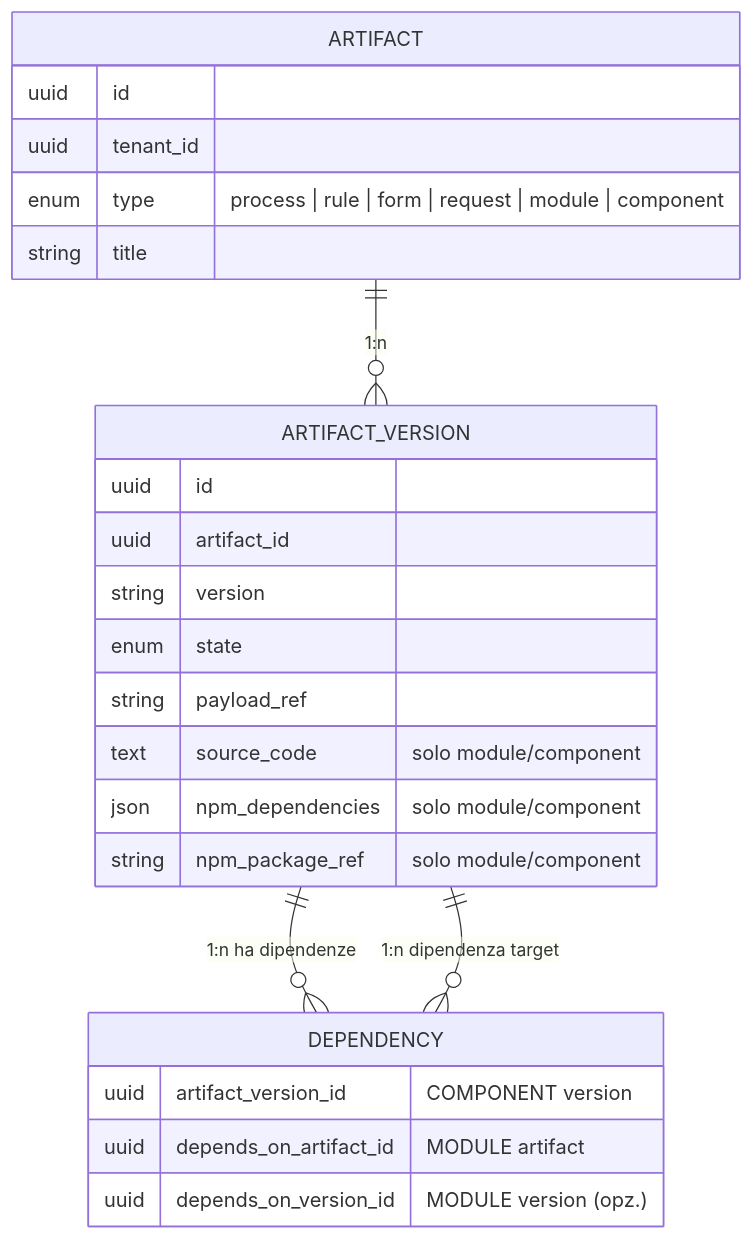
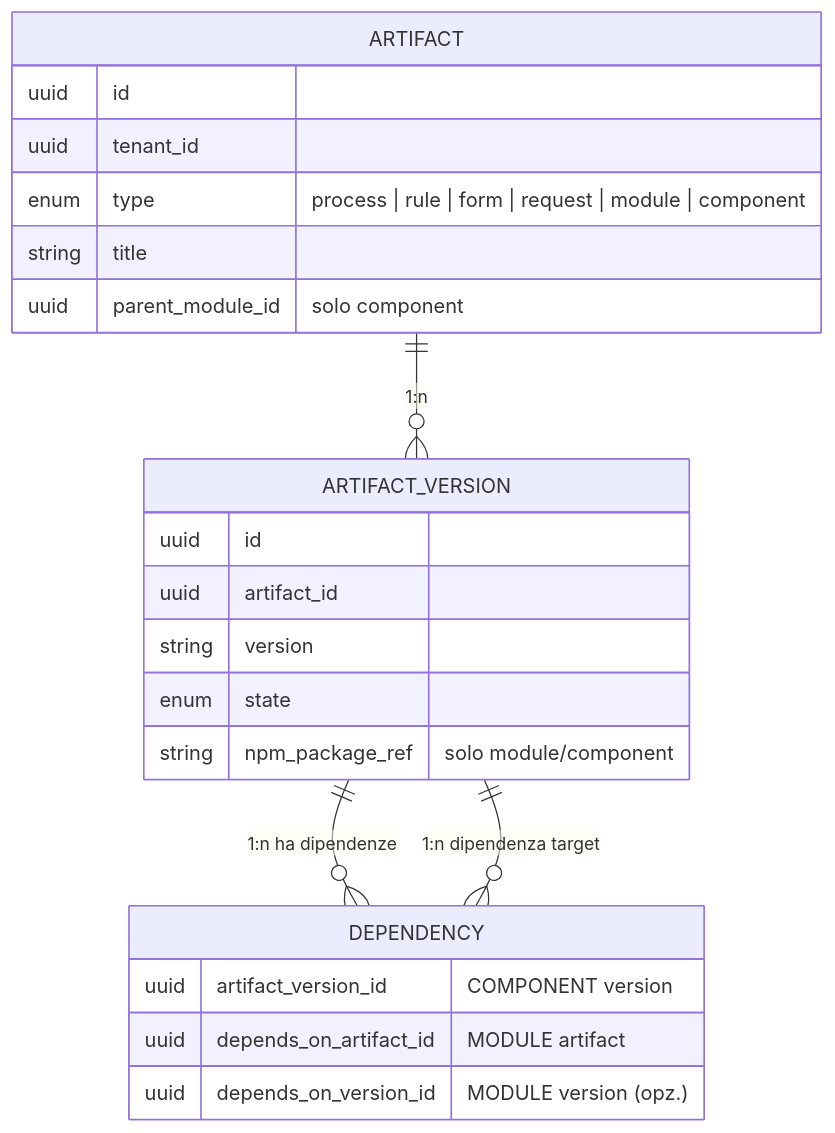
Before and after one commit to pistillo/stillum-business-central: the diagram in documents/docs/EPIC10/03-modello-dati.md, drawn with Mermaid. The commit also changed other lines of this file and 72 other files, not shown here.

````diff
--- a/documents/docs/EPIC10/03-modello-dati.md
+++ b/documents/docs/EPIC10/03-modello-dati.md
@@ -42,30 +40,28 @@
 ```mermaid
 erDiagram
     ARTIFACT ||--o{ ARTIFACT_VERSION : "1:n"
     ARTIFACT {
         uuid id
         uuid tenant_id
         enum type "process | rule | form | request | module | component"
         string title
+        uuid parent_module_id "solo component"
     }
 
     ARTIFACT_VERSION ||--o{ DEPENDENCY : "1:n ha dipendenze"
     ARTIFACT_VERSION {
         uuid id
         uuid artifact_id
         string version
         enum state
-        string payload_ref
-        text source_code "solo module/component"
-        json npm_dependencies "solo module/component"
         string npm_package_ref "solo module/component"
     }
 
     DEPENDENCY {
         uuid artifact_version_id "COMPONENT version"
         uuid depends_on_artifact_id "MODULE artifact"
         uuid depends_on_version_id "MODULE version (opz.)"
     }
 
     ARTIFACT_VERSION ||--o{ DEPENDENCY : "1:n dipendenza target"
 ```
````
